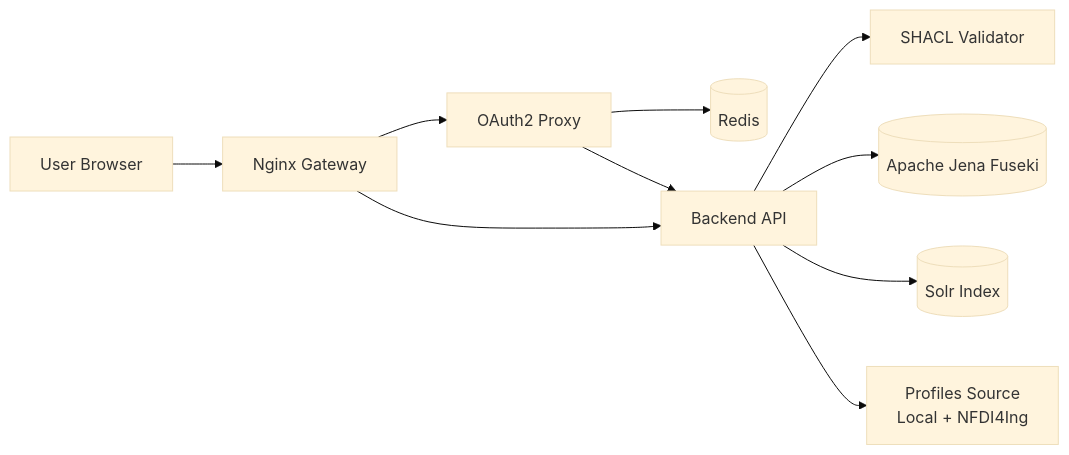
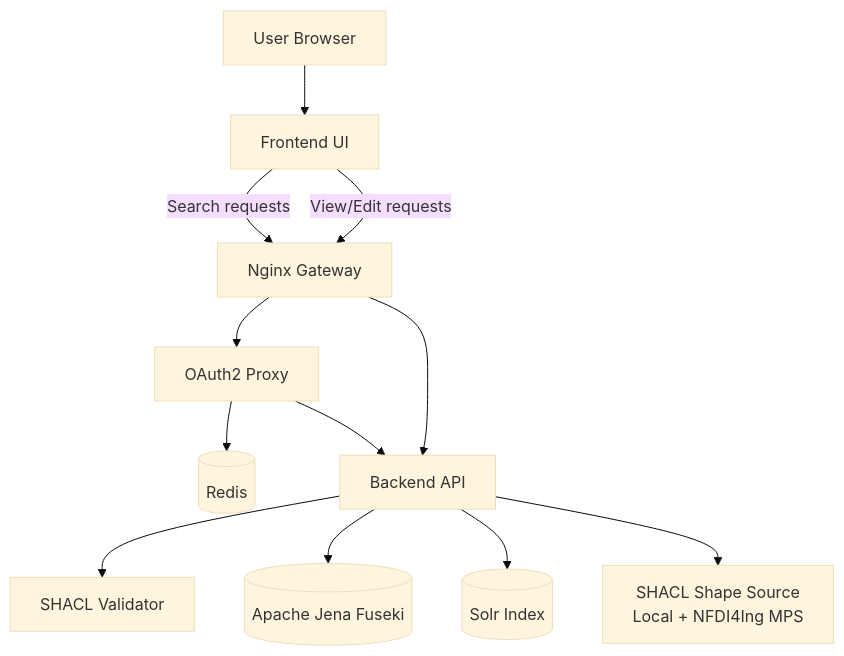
Before and after one commit to ULB-Darmstadt/rdf-store: the diagram in README.md, drawn with Mermaid (base theme).

````diff
--- a/README.md
+++ b/README.md
@@ -46,22 +46,25 @@
 ```mermaid
-flowchart LR
+flowchart TB
     User[User Browser]
+    Frontend[Frontend UI]
     Gateway[Nginx Gateway]
     OAuth[OAuth2 Proxy]
     Redis[(Redis)]
     App[Backend API]
     Validator[SHACL Validator]
     Fuseki[(Apache Jena Fuseki)]
     Solr[(Solr Index)]
-    Profiles[Profiles Source<br/>Local + NFDI4Ing]
+    Profiles[SHACL Shape Source<br/>Local + NFDI4Ing MPS]
 
-    User --> Gateway
+    User --> Frontend
+    Frontend -->|Search requests| Gateway
+    Frontend -->|View/Edit requests| Gateway
     Gateway --> OAuth
     OAuth --> Redis
     OAuth --> App
     Gateway --> App
     App --> Validator
     App --> Fuseki
     App --> Solr
     App --> Profiles
 ```
````
